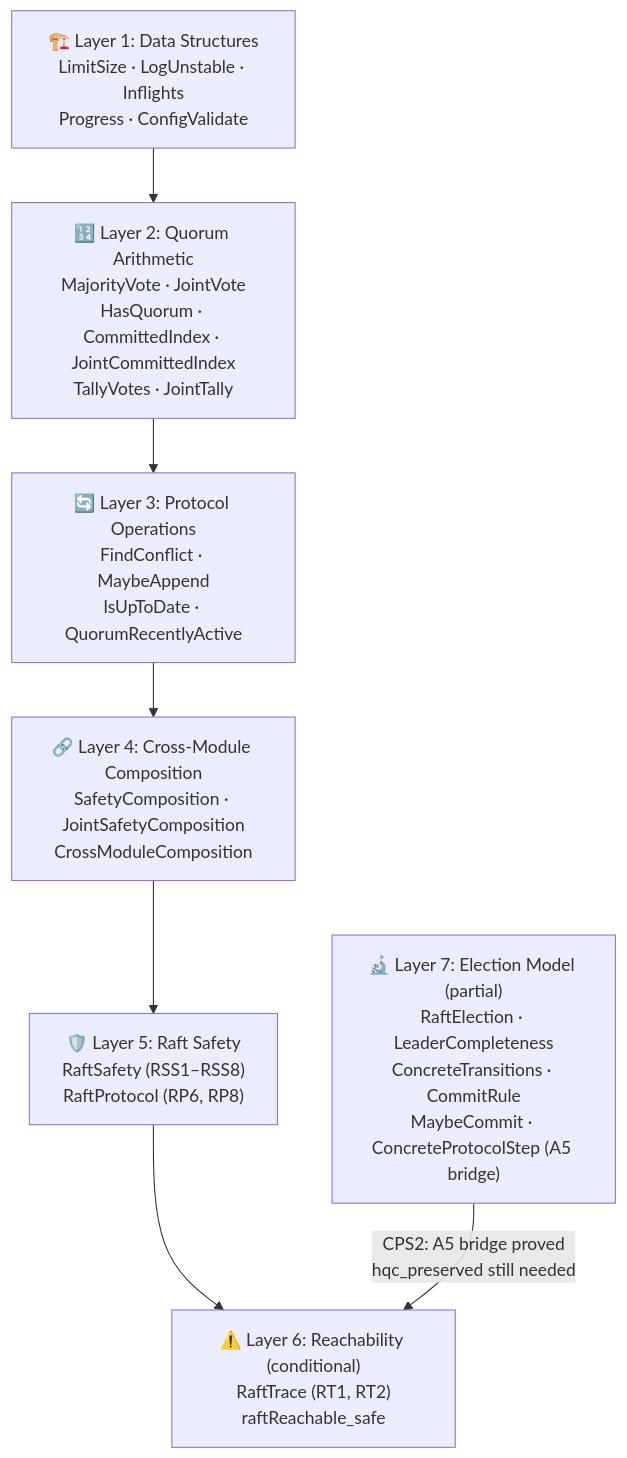
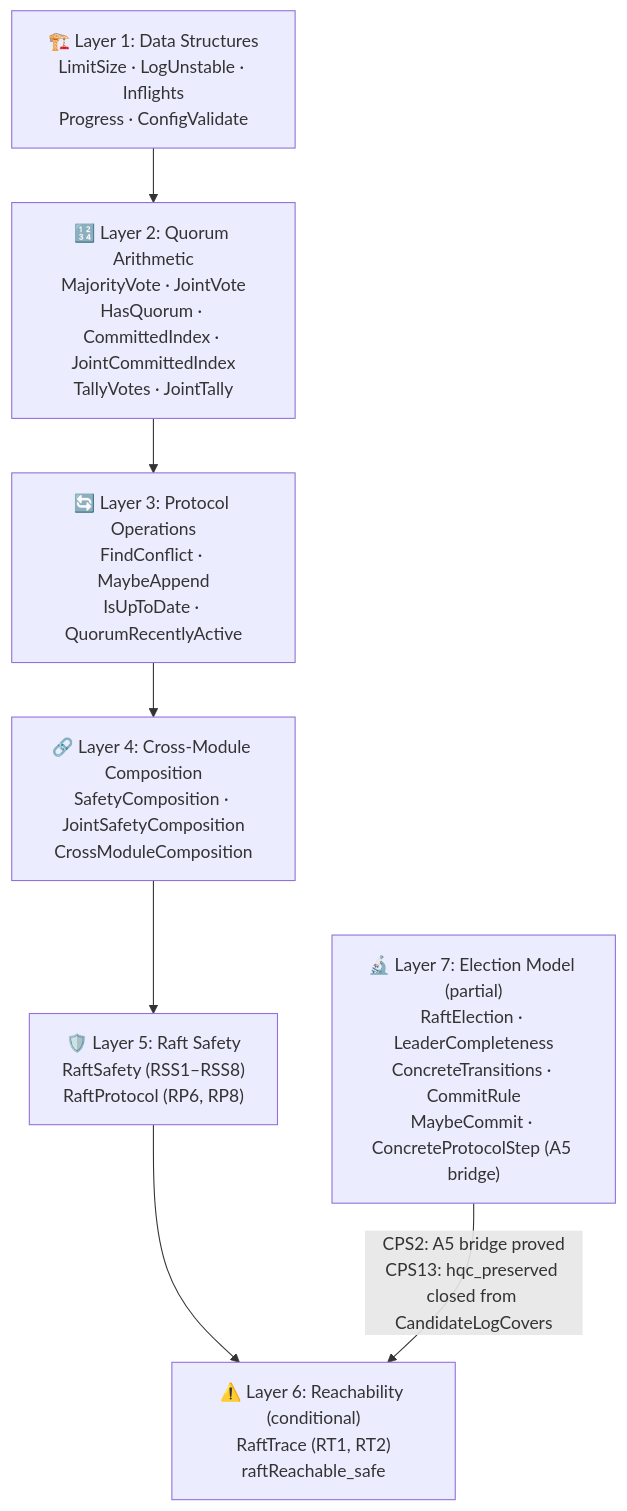
The first of 10 diagrams in formal-verification/REPORT.md (dsyme/fv-squad), drawn with Mermaid before and after one commit. The commit also changed other lines of this file and 2 other files, not shown here.

First line of the commit message:
feat(fv): weaken hqc_preserved, add CPS13 (Tasks 5 & 10, Run 41)

````diff
--- a/formal-verification/REPORT.md
+++ b/formal-verification/REPORT.md
@@ -70,17 +76,17 @@
 ```mermaid
 graph TD
     A["🏗️ Layer 1: Data Structures<br/>LimitSize · LogUnstable · Inflights<br/>Progress · ConfigValidate"]
     B["🔢 Layer 2: Quorum Arithmetic<br/>MajorityVote · JointVote<br/>HasQuorum · CommittedIndex · JointCommittedIndex<br/>TallyVotes · JointTally"]
     C["🔄 Layer 3: Protocol Operations<br/>FindConflict · MaybeAppend<br/>IsUpToDate · QuorumRecentlyActive"]
     D["🔗 Layer 4: Cross-Module Composition<br/>SafetyComposition · JointSafetyComposition<br/>CrossModuleComposition"]
     E["🛡️ Layer 5: Raft Safety<br/>RaftSafety (RSS1–RSS8)<br/>RaftProtocol (RP6, RP8)"]
     F["⚠️ Layer 6: Reachability (conditional)<br/>RaftTrace (RT1, RT2)<br/>raftReachable_safe"]
     G["🔬 Layer 7: Election Model (partial)<br/>RaftElection · LeaderCompleteness<br/>ConcreteTransitions · CommitRule<br/>MaybeCommit · ConcreteProtocolStep (A5 bridge)"]
 
     A --> B
     B --> C
     C --> D
     D --> E
     E --> F
-    G -->|"CPS2: A5 bridge proved<br/>hqc_preserved still needed"| F
+    G -->|"CPS2: A5 bridge proved<br/>CPS13: hqc_preserved closed from CandidateLogCovers"| F
 ```
````
